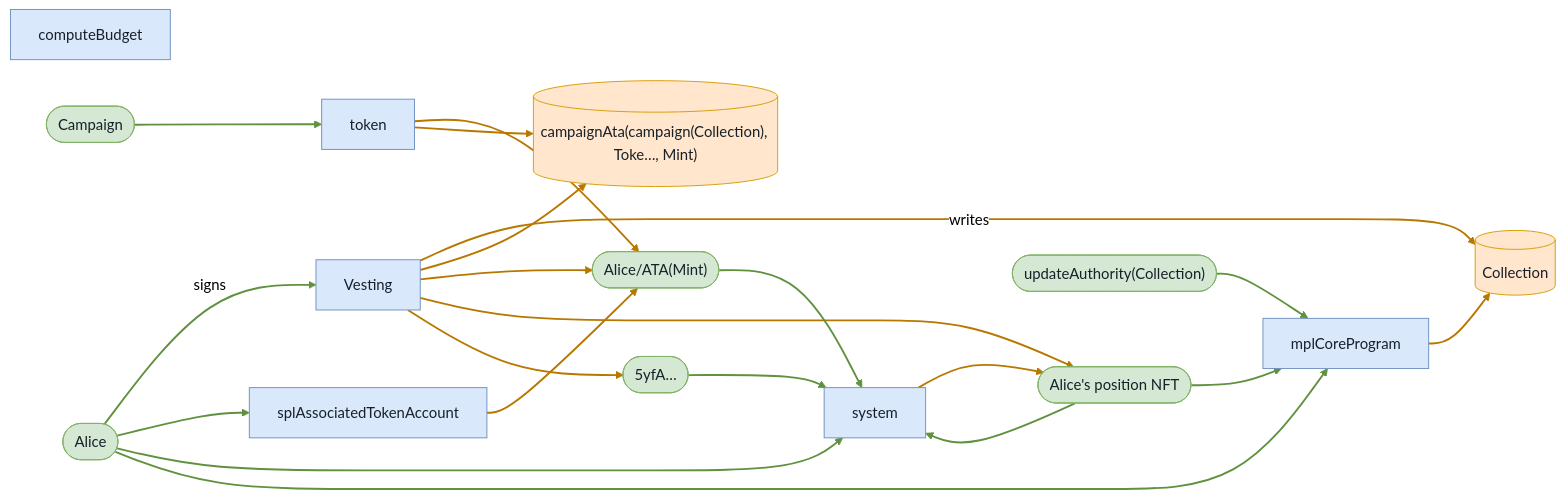
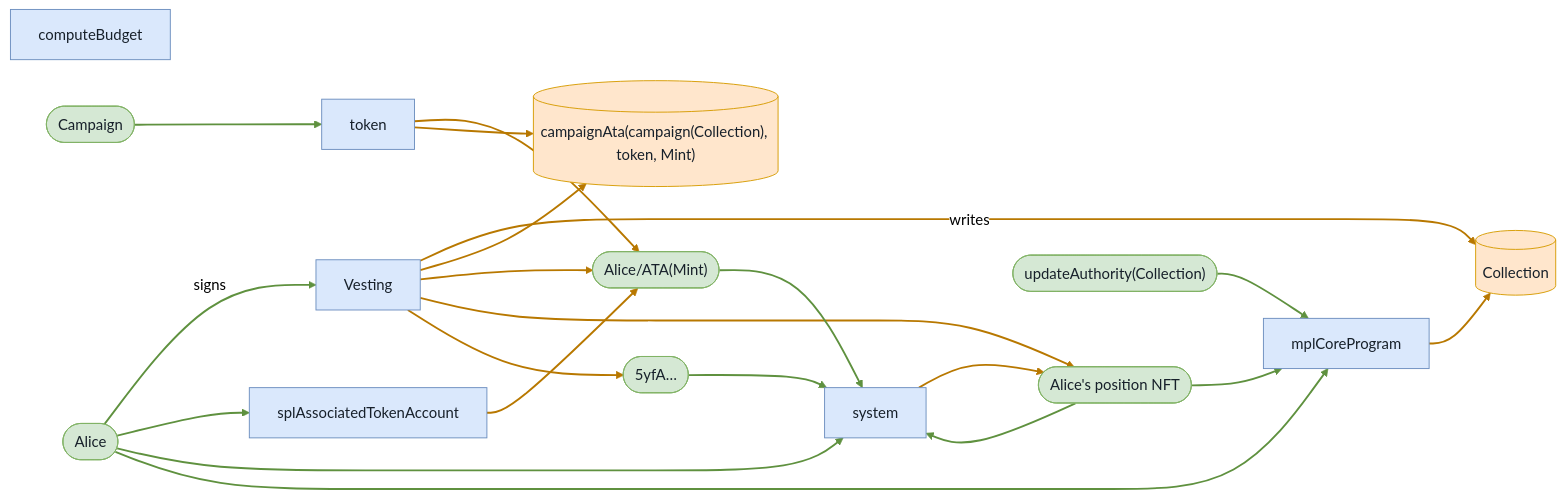
Before and after one commit to cds-turbin3/vesting-position: the fifth of 12 diagrams in babelfish-tests/test-report/vested_tokens_are_forfeited_past_the_grace_window.md, drawn with Mermaid (neutral theme). The commit also changed other lines of this file and 104 other files, not shown here.

````diff
--- a/babelfish-tests/test-report/vested_tokens_are_forfeited_past_the_grace_window.md
+++ b/babelfish-tests/test-report/vested_tokens_are_forfeited_past_the_grace_window.md
@@ -292,42 +292,42 @@
 ```mermaid
 flowchart LR
     computeBudget["computeBudget"]:::program
     Vesting["Vesting"]:::program
     Alice(["Alice"]):::signer
     Collection[("Collection")]:::state
-    campaignAtacampaignCollectionTokeMint[("campaignAta(campaign(Collection), Toke…, Mint)")]:::state
+    campaignAtacampaignCollectiontokenMint[("campaignAta(campaign(Collection), token, Mint)")]:::state
     AliceATAMint(["Alice/ATA(Mint)"]):::signer
     AlicespositionNFT(["Alice's position NFT"]):::signer
     n5yfA(["5yfA…"]):::signer
     splAssociatedTokenAccount["splAssociatedTokenAccount"]:::program
     token["token"]:::program
     system["system"]:::program
     mplCoreProgram["mplCoreProgram"]:::program
     updateAuthorityCollection(["updateAuthority(Collection)"]):::signer
     Campaign(["Campaign"]):::signer
     Alice -->|signs| Vesting
     Vesting -->|writes| Collection
-    Vesting --> campaignAtacampaignCollectionTokeMint
+    Vesting --> campaignAtacampaignCollectiontokenMint
     Vesting --> AliceATAMint
     Vesting --> AlicespositionNFT
     Vesting --> n5yfA
     Alice --> splAssociatedTokenAccount
     splAssociatedTokenAccount --> AliceATAMint
     Alice --> system
     AliceATAMint --> system
     token --> AliceATAMint
     n5yfA --> system
     AlicespositionNFT --> mplCoreProgram
     mplCoreProgram --> Collection
     updateAuthorityCollection --> mplCoreProgram
     Alice --> mplCoreProgram
     AlicespositionNFT --> system
     system --> AlicespositionNFT
-    token --> campaignAtacampaignCollectionTokeMint
+    token --> campaignAtacampaignCollectiontokenMint
     Campaign --> token
     classDef program fill:#dae8fc,stroke:#6c8ebf,color:#17202a;
     classDef signer fill:#d5e8d4,stroke:#82b366,color:#17202a;
     classDef state fill:#ffe6cc,stroke:#d79b00,color:#17202a;
     linkStyle 0,6,8,9,11,12,14,15,16,19 stroke:#5f913f,stroke-width:2px
     linkStyle 1,2,3,4,5,7,10,13,17,18 stroke:#b87800,stroke-width:2px
 ```
````
